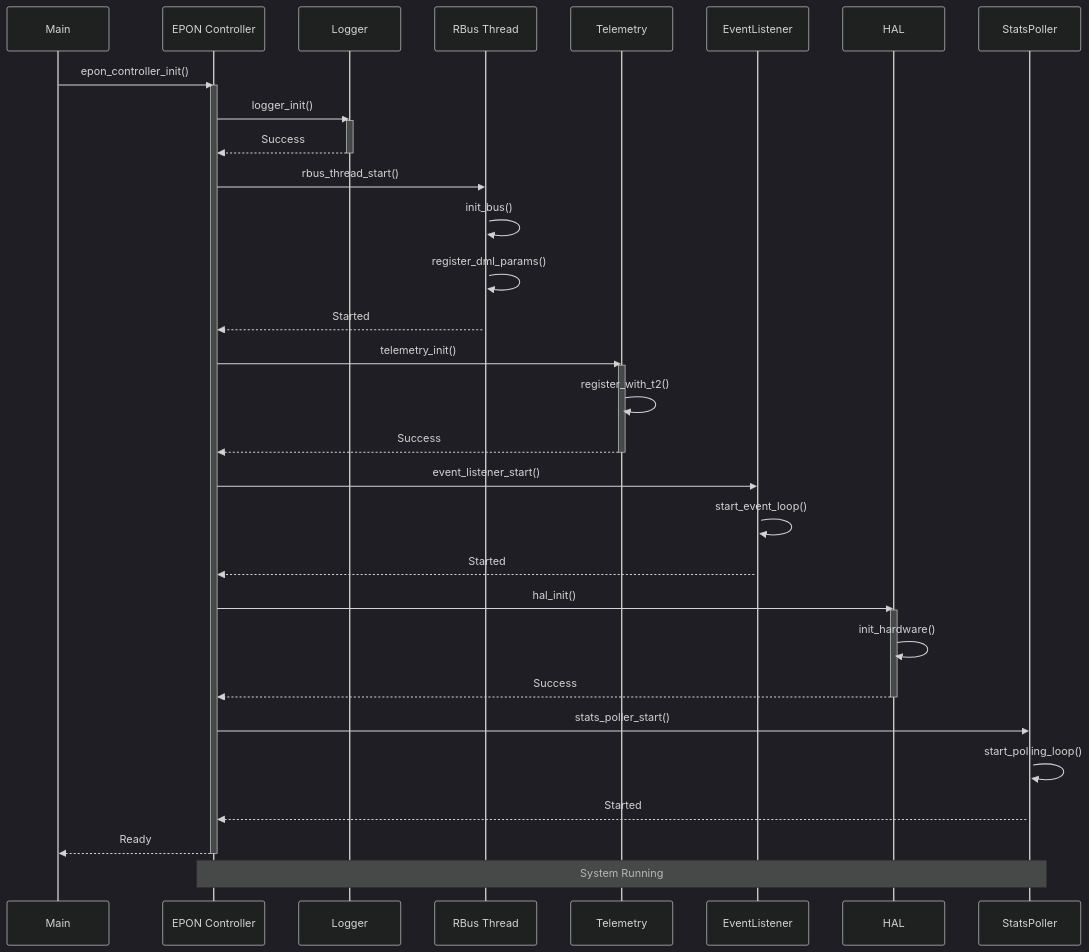
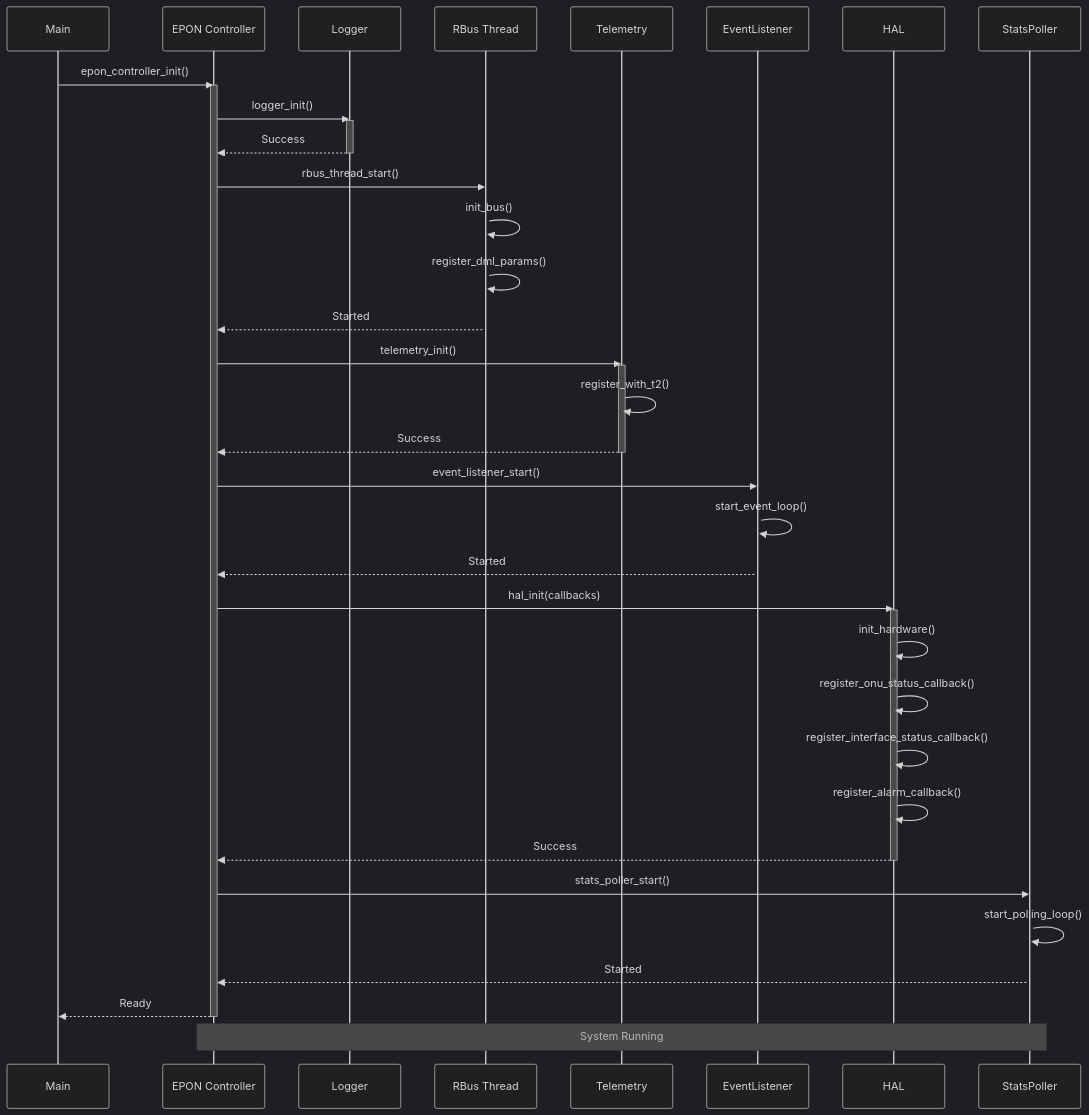
The first of 10 diagrams in design_docs/04_Sequence_Diagrams.md (rdkcentral/epon-manager), drawn with Mermaid (dark theme) before and after one commit. The commit also changed other lines of this file and 3 other files, not shown here.

First line of the commit message:
refactor: Update design docs for callback-based HAL architecture

````diff
--- a/design_docs/04_Sequence_Diagrams.md
+++ b/design_docs/04_Sequence_Diagrams.md
@@ -5,52 +5,55 @@
 ```mermaid
 sequenceDiagram
     participant Main
     participant Controller as EPON Controller
     participant Logger
     participant RBus as RBus Thread
     participant Telemetry
     participant EventListener
     participant HAL
     participant StatsPoller
     
     Main->>Controller: epon_controller_init()
     activate Controller
     
     Controller->>Logger: logger_init()
     activate Logger
     Logger-->>Controller: Success
     deactivate Logger
     
     Controller->>RBus: rbus_thread_start()
     activate RBus
     RBus->>RBus: init_bus()
     RBus->>RBus: register_dml_params()
     RBus-->>Controller: Started
     
     Controller->>Telemetry: telemetry_init()
     activate Telemetry
     Telemetry->>Telemetry: register_with_t2()
     Telemetry-->>Controller: Success
     deactivate Telemetry
     
     Controller->>EventListener: event_listener_start()
     activate EventListener
     EventListener->>EventListener: start_event_loop()
     EventListener-->>Controller: Started
     
-    Controller->>HAL: hal_init()
+    Controller->>HAL: hal_init(callbacks)
     activate HAL
     HAL->>HAL: init_hardware()
+    HAL->>HAL: register_onu_status_callback()
+    HAL->>HAL: register_interface_status_callback()
+    HAL->>HAL: register_alarm_callback()
     HAL-->>Controller: Success
     deactivate HAL
     
     Controller->>StatsPoller: stats_poller_start()
     activate StatsPoller
     StatsPoller->>StatsPoller: start_polling_loop()
     StatsPoller-->>Controller: Started
     
     Controller-->>Main: Ready
     deactivate Controller
     
     Note over Controller,StatsPoller: System Running
 ```
````
